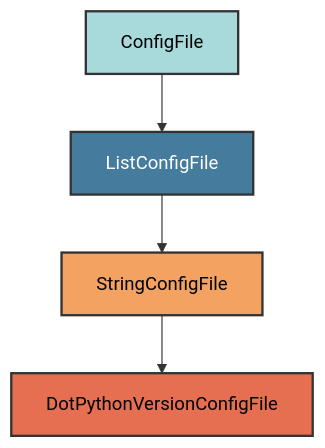
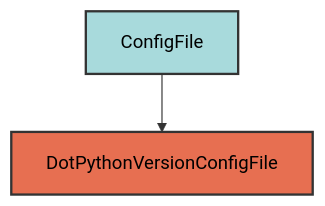
Before and after one commit to Winipedia/pyrig: the diagram in docs/configs/dot_python_version.md, drawn with Mermaid. The commit also changed other lines of this file and 2 other files, not shown here.

````diff
--- a/docs/configs/dot_python_version.md
+++ b/docs/configs/dot_python_version.md
@@ -18,11 +18,7 @@
 ```mermaid
 graph TD
-    A[ConfigFile] --> B[ListConfigFile]
-    B --> C[StringConfigFile]
-    C --> D[DotPythonVersionConfigFile]
+    A[ConfigFile] --> B[DotPythonVersionConfigFile]
 
     style A fill:#a8dadc,stroke:#333,stroke-width:2px,color:#000
-    style B fill:#457b9d,stroke:#333,stroke-width:2px,color:#fff
-    style C fill:#f4a261,stroke:#333,stroke-width:2px,color:#000
-    style D fill:#e76f51,stroke:#333,stroke-width:2px,color:#000
+    style B fill:#e76f51,stroke:#333,stroke-width:2px,color:#000
 ```
````
